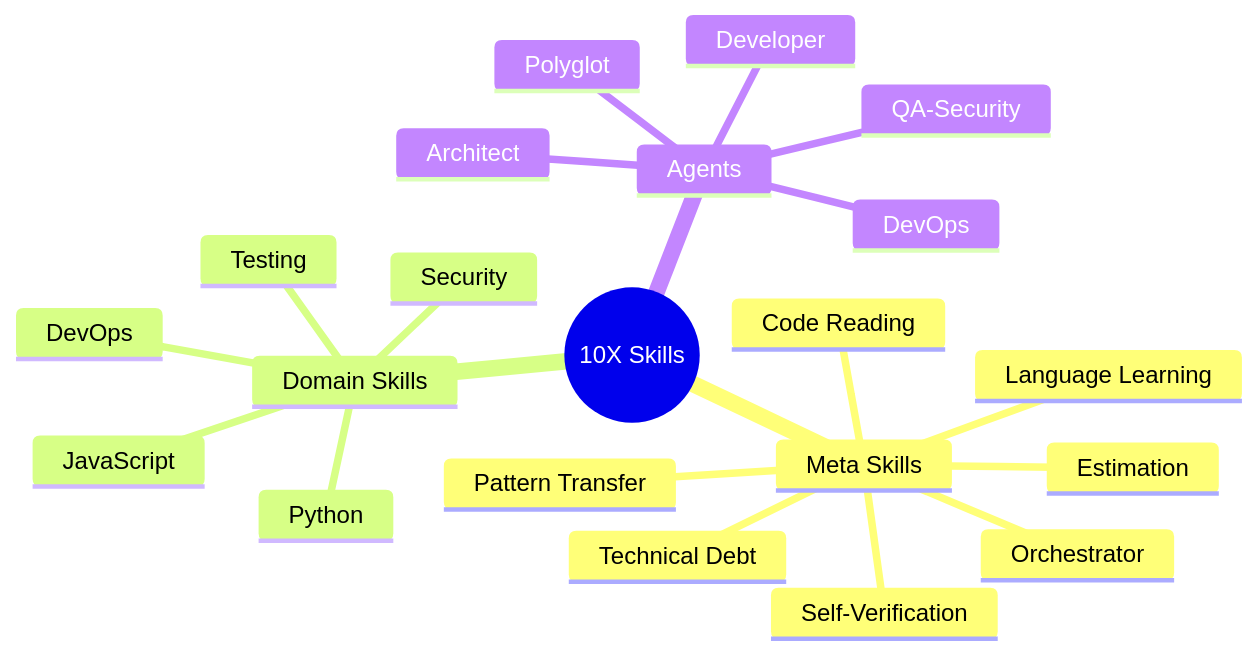
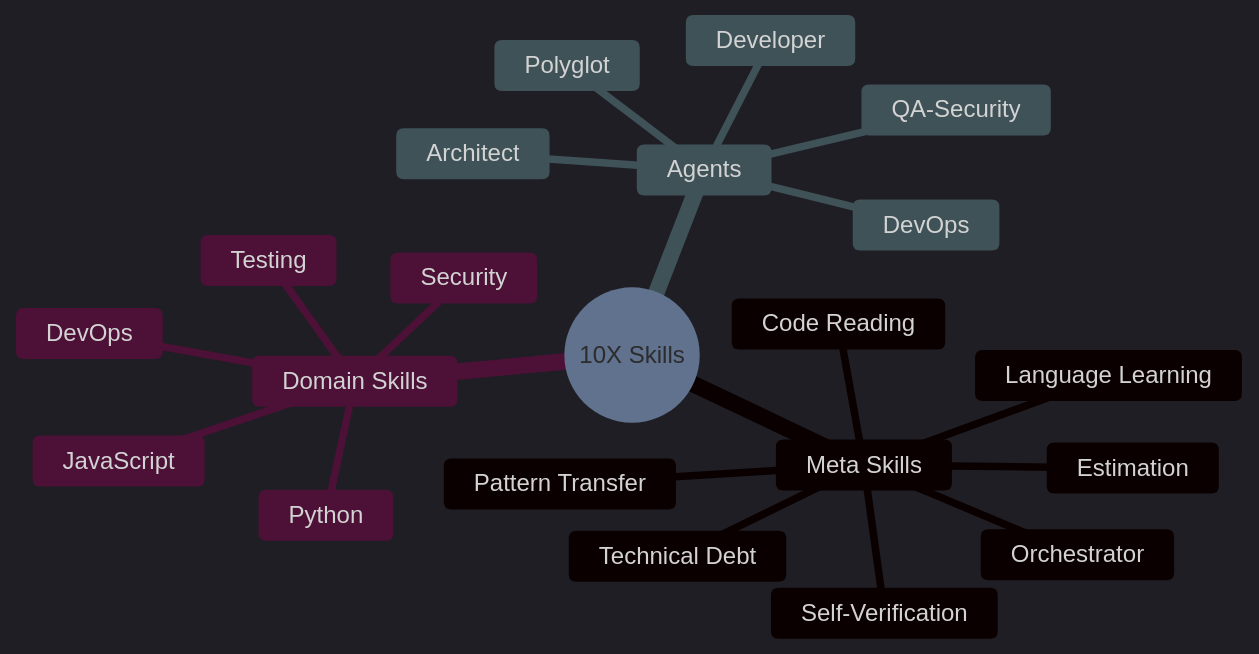
Before and after one commit to LocalAI/unicorn-team: the fourth of 6 diagrams in README.md, drawn with Mermaid. The commit also changed other lines of this file, not shown here.

First line of the commit message:
docs(readme): Fix Mermaid diagrams for dark mode

````diff
--- a/README.md
+++ b/README.md
@@ -176,24 +176,25 @@
 ```mermaid
+%%{init: {'theme': 'dark', 'themeVariables': { 'primaryColor': '#1f2937', 'primaryTextColor': '#ffffff', 'primaryBorderColor': '#6366f1', 'lineColor': '#8b5cf6', 'secondaryColor': '#374151', 'tertiaryColor': '#4b5563'}}}%%
 mindmap
   root((10X Skills))
     Meta Skills
       Orchestrator
       Self-Verification
       Code Reading
       Pattern Transfer
       Estimation
       Technical Debt
       Language Learning
     Domain Skills
       Python
       JavaScript
       Testing
       Security
       DevOps
     Agents
       Architect
       Developer
       QA-Security
       DevOps
       Polyglot
 ```
````
